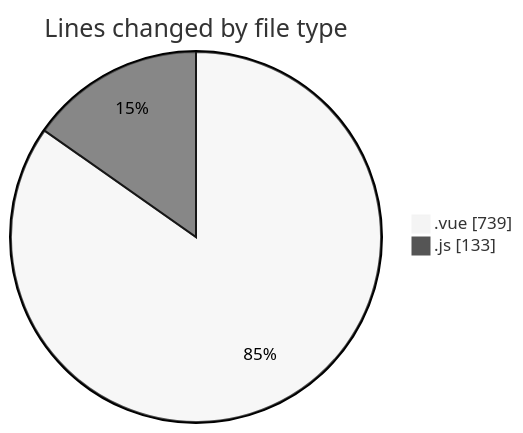
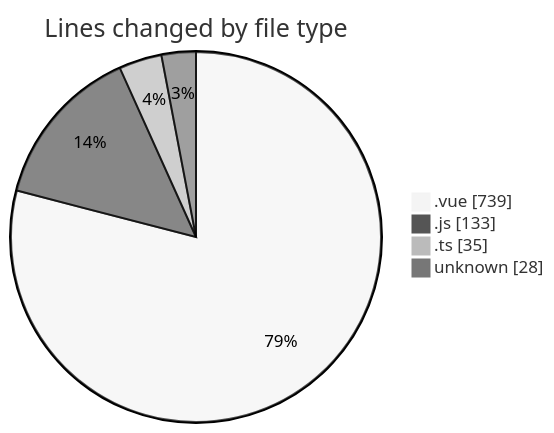
The first of 2 diagrams in 2025-08-11/rentotp/README.md (lephambinh05/code-tracking), drawn with Mermaid (neutral theme) before and after one commit. The commit also changed other lines of this file and 1 other file, not shown here.

````diff
--- a/2025-08-11/rentotp/README.md
+++ b/2025-08-11/rentotp/README.md
@@ -23,6 +25,8 @@
 ```mermaid
 pie showData
 title Lines changed by file type
 ".vue" : 739
 ".js" : 133
+".ts" : 35
+"unknown" : 28
 ```
````
